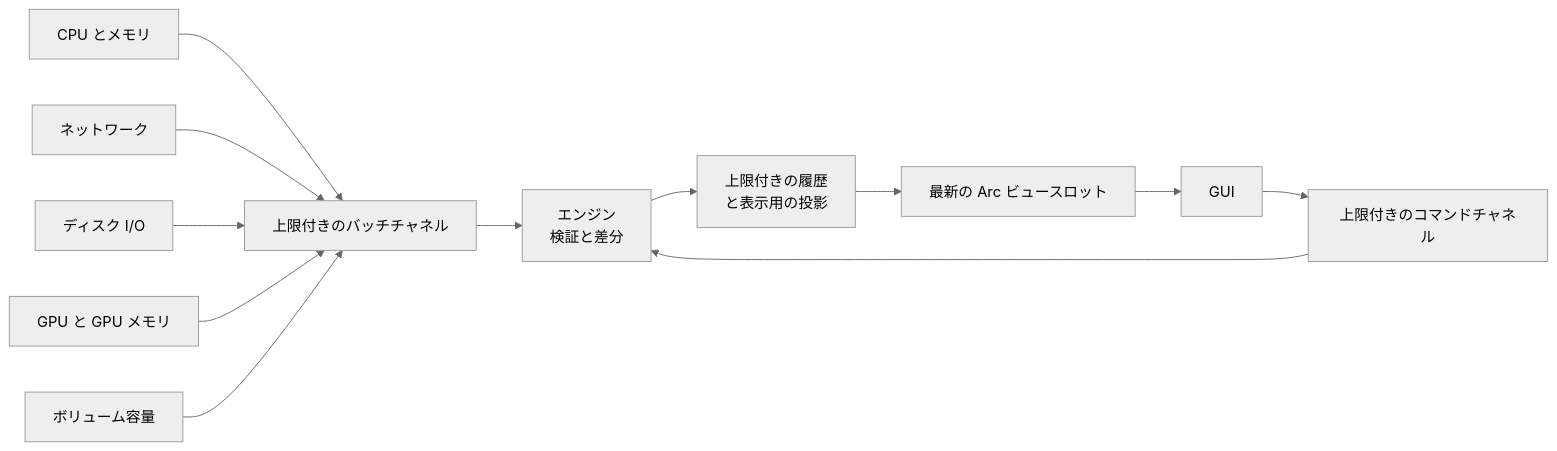
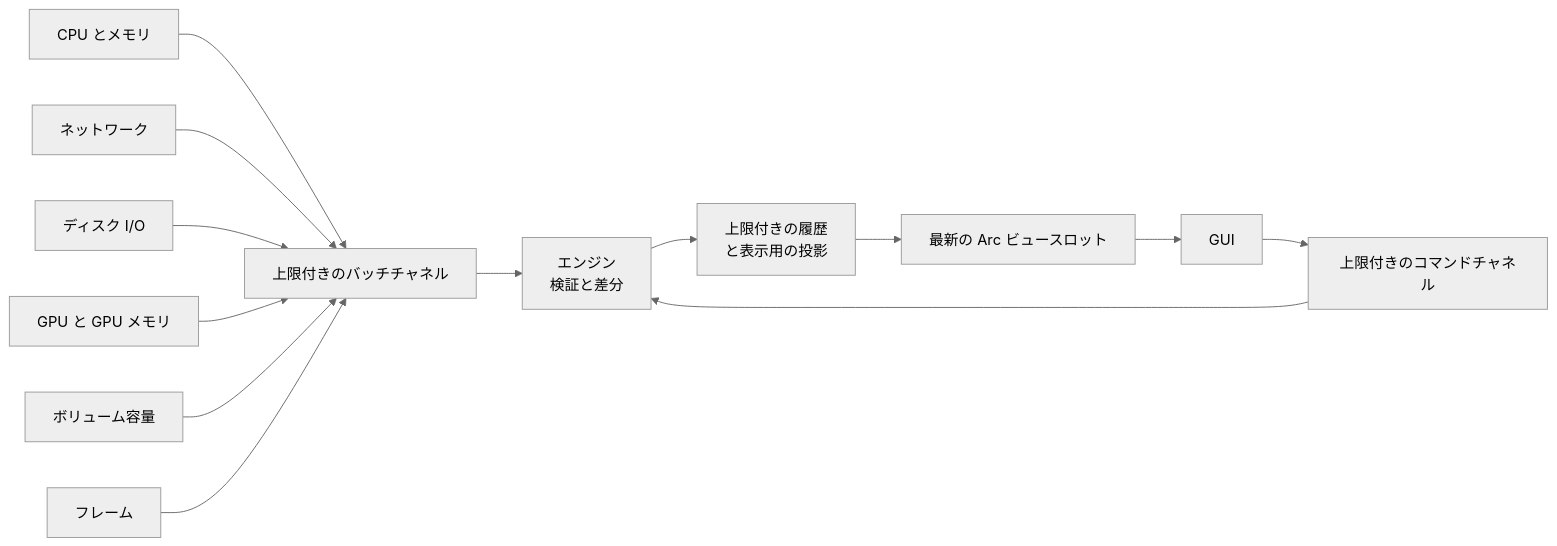
One commit to lengyc-Code/qqq_monitor changed the second of 2 diagrams in README.ja.md. Above: the diagram before and after it, drawn with Mermaid (neutral theme). The commit also changed other lines of this file and 38 other files, not shown here.

````diff
--- a/README.ja.md
+++ b/README.ja.md
@@ -205,14 +226,15 @@
 ```mermaid
 flowchart LR
     CPU[CPU とメモリ] --> CH[上限付きのバッチチャネル]
     NET[ネットワーク] --> CH
     DISK[ディスク I/O] --> CH
     GPU[GPU と GPU メモリ] --> CH
     VOL[ボリューム容量] --> CH
+    FRM[フレーム] --> CH
     CH --> ENGINE[エンジン<br>検証と差分]
     ENGINE --> HISTORY[上限付きの履歴<br>と表示用の投影]
     HISTORY --> SLOT[最新の Arc ビュースロット]
     SLOT --> UI[GUI]
     UI --> CMD[上限付きのコマンドチャネル]
     CMD --> ENGINE
 ```
````
